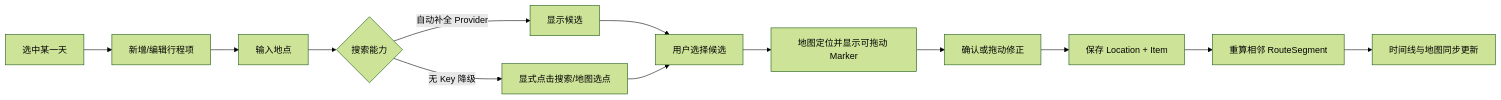
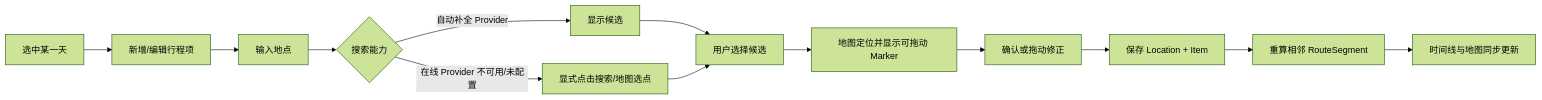
One commit to zinan-c/OnTheRoad changed the second of 10 diagrams in docs/DESIGN.md. Above: the diagram before and after it, drawn with Mermaid (forest theme). The commit also changed other lines of this file and 49 other files, not shown here.

````diff
--- a/docs/DESIGN.md
+++ b/docs/DESIGN.md
@@ -182,15 +179,15 @@
 ```mermaid
 flowchart LR
   A["选中某一天"] --> B["新增/编辑行程项"]
   B --> C["输入地点"]
   C --> D{"搜索能力"}
   D -->|自动补全 Provider| E["显示候选"]
-  D -->|无 Key 降级| F["显式点击搜索/地图选点"]
+  D -->|在线 Provider 不可用/未配置| F["显式点击搜索/地图选点"]
   E --> G["用户选择候选"]
   F --> G
   G --> H["地图定位并显示可拖动 Marker"]
   H --> I["确认或拖动修正"]
   I --> J["保存 Location + Item"]
   J --> K["重算相邻 RouteSegment"]
   K --> L["时间线与地图同步更新"]
 ```
````
